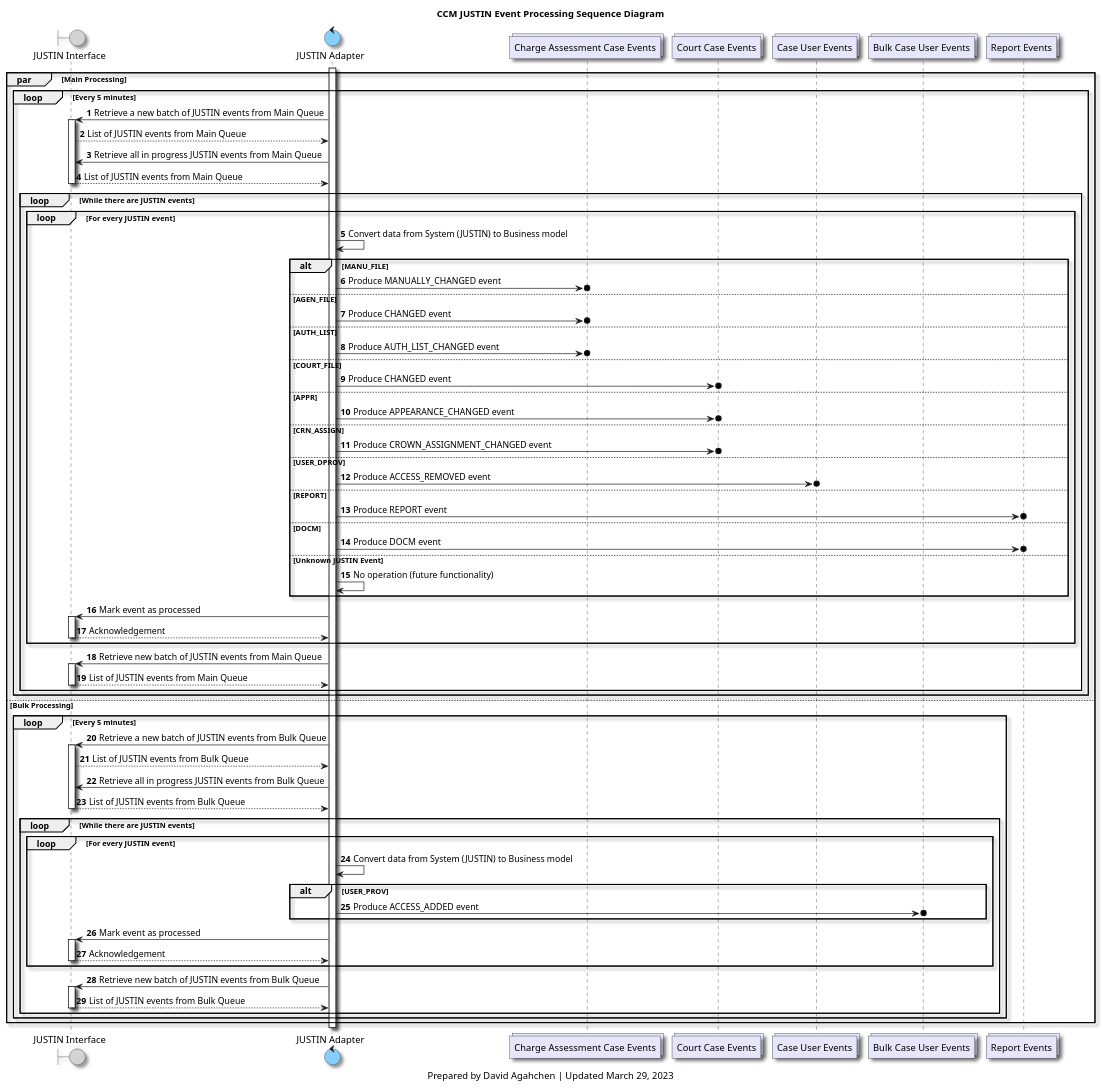
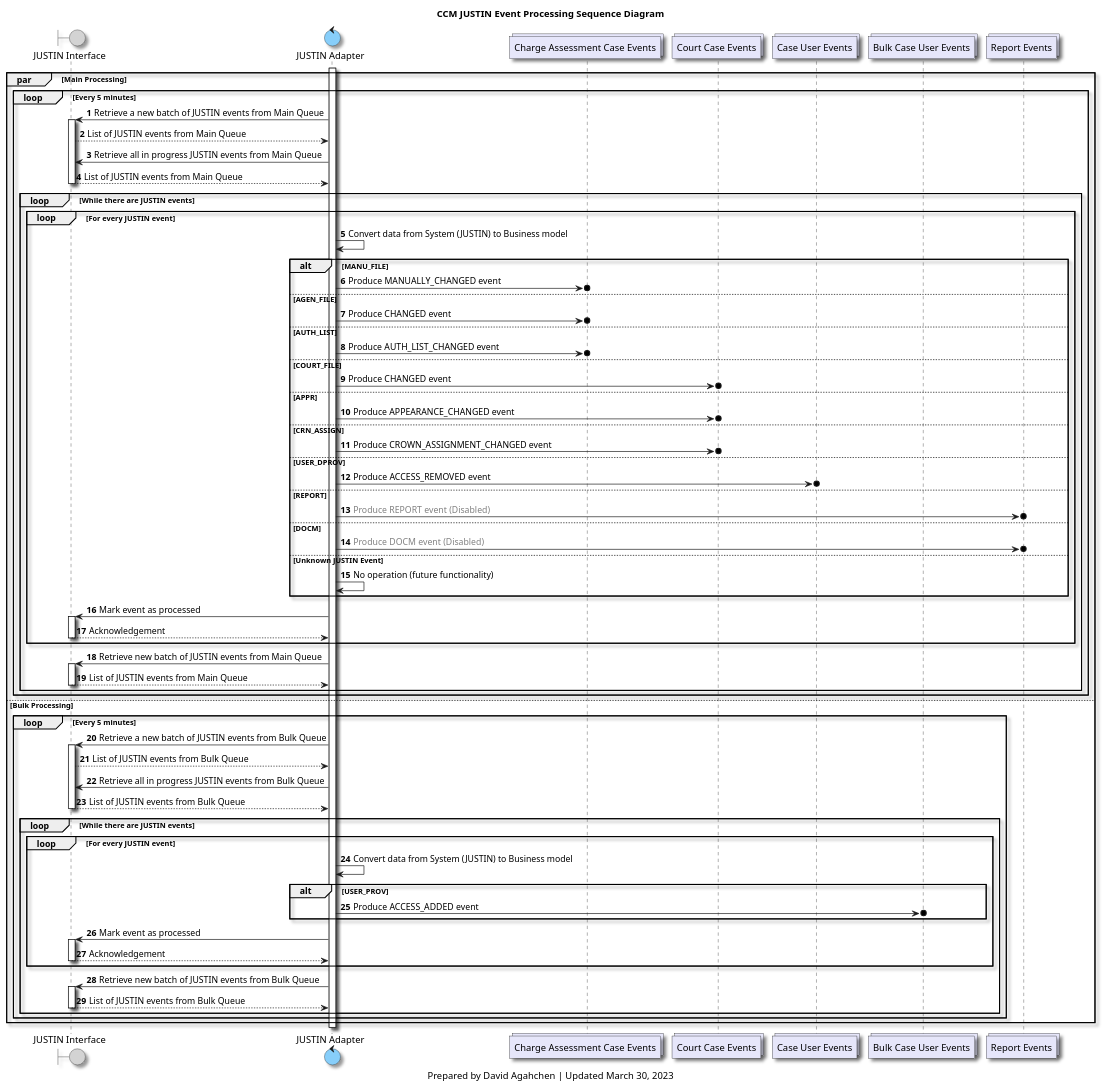
One commit to bcgov/jpss-jade-ccm changed the diagram in diagrams/ccm_justin_event_processing_sequence_diagram.plantuml. Above: the diagram before and after it, drawn with PlantUML. The commit also changed 1 other file, not shown here.

Commit message:
updated diagram

```diff
--- a/diagrams/ccm_justin_event_processing_sequence_diagram.plantuml
+++ b/diagrams/ccm_justin_event_processing_sequence_diagram.plantuml
@@ -1,112 +1,112 @@
 @startuml
 'hide footbox
 
 skinparam Shadowing true
 skinparam CollectionsBackgroundColor Lavender
 skinparam ControlBackgroundColor LightSkyBlue
 skinparam BoundaryBackgroundColor LightGrey
 
 /' 
 Available colours
 https://plantuml-documentation.readthedocs.io/en/latest/formatting/color-names.html
 '/
 
 boundary j_interface as "JUSTIN Interface"
 control j_adapter as "JUSTIN Adapter"
 collections charge_assessment_cases_topic as "Charge Assessment Case Events"
 collections court_cases_topic as "Court Case Events"
 collections case_users_topic as "Case User Events"
 collections bulk_case_users_topic as "Bulk Case User Events"
 collections reports_topic as "Report Events"
 
 title
 CCM JUSTIN Event Processing Sequence Diagram
 end title
 
 autonumber
 
 activate j_adapter
 
 par Main Processing
 
     loop Every 5 minutes
         j_adapter-> j_interface: Retrieve a new batch of JUSTIN events from Main Queue
         activate j_interface
         j_interface --> j_adapter: List of JUSTIN events from Main Queue
         j_adapter-> j_interface: Retrieve all in progress JUSTIN events from Main Queue
         j_interface --> j_adapter: List of JUSTIN events from Main Queue
         deactivate j_interface
 
         loop While there are JUSTIN events
             loop For every JUSTIN event
                 j_adapter -> j_adapter: Convert data from System (JUSTIN) to Business model
                 alt MANU_FILE
                     j_adapter ->o charge_assessment_cases_topic: Produce MANUALLY_CHANGED event
                 else AGEN_FILE
                     j_adapter ->o charge_assessment_cases_topic: Produce CHANGED event
                 else AUTH_LIST
                     j_adapter ->o charge_assessment_cases_topic: Produce AUTH_LIST_CHANGED event
                 else COURT_FILE
                     j_adapter ->o court_cases_topic: Produce CHANGED event
                 else APPR
                     j_adapter ->o court_cases_topic: Produce APPEARANCE_CHANGED event
                 else CRN_ASSIGN
                     j_adapter ->o court_cases_topic: Produce CROWN_ASSIGNMENT_CHANGED event
                 else USER_DPROV
                     j_adapter ->o case_users_topic: Produce ACCESS_REMOVED event
                 else REPORT
-                    j_adapter ->o reports_topic: Produce REPORT event
+                    j_adapter ->o reports_topic: <font color=grey>Produce REPORT event (Disabled)</font>
                 else DOCM
-                    j_adapter ->o reports_topic: Produce DOCM event
+                    j_adapter ->o reports_topic: <font color=grey>Produce DOCM event (Disabled)</font>
                 else Unknown JUSTIN Event
                     j_adapter -> j_adapter: No operation (future functionality)
                 end
                 j_adapter -> j_interface: Mark event as processed
                 activate j_interface
                 j_interface --> j_adapter: Acknowledgement
                 deactivate j_interface
             end
 
             j_adapter-> j_interface: Retrieve new batch of JUSTIN events from Main Queue
             activate j_interface
             j_interface --> j_adapter: List of JUSTIN events from Main Queue
             deactivate j_interface
         end
     end
 
 else Bulk Processing
 
     loop Every 5 minutes
         j_adapter-> j_interface: Retrieve a new batch of JUSTIN events from Bulk Queue
         activate j_interface
         j_interface --> j_adapter: List of JUSTIN events from Bulk Queue
         j_adapter-> j_interface: Retrieve all in progress JUSTIN events from Bulk Queue
         j_interface --> j_adapter: List of JUSTIN events from Bulk Queue
         deactivate j_interface
 
         loop While there are JUSTIN events
             loop For every JUSTIN event
                 j_adapter -> j_adapter: Convert data from System (JUSTIN) to Business model
                 alt USER_PROV
                     j_adapter ->o bulk_case_users_topic: Produce ACCESS_ADDED event
                 end
                 j_adapter -> j_interface: Mark event as processed
                 activate j_interface
                 j_interface --> j_adapter: Acknowledgement
                 deactivate j_interface
             end
 
             j_adapter-> j_interface: Retrieve new batch of JUSTIN events from Bulk Queue
             activate j_interface
             j_interface --> j_adapter: List of JUSTIN events from Bulk Queue
             deactivate j_interface
         end
     end
 
 end
 deactivate j_adapter
 
 caption
-Prepared by David Agahchen | Updated March 29, 2023
+Prepared by David Agahchen | Updated March 30, 2023
 end caption
 @enduml
```
